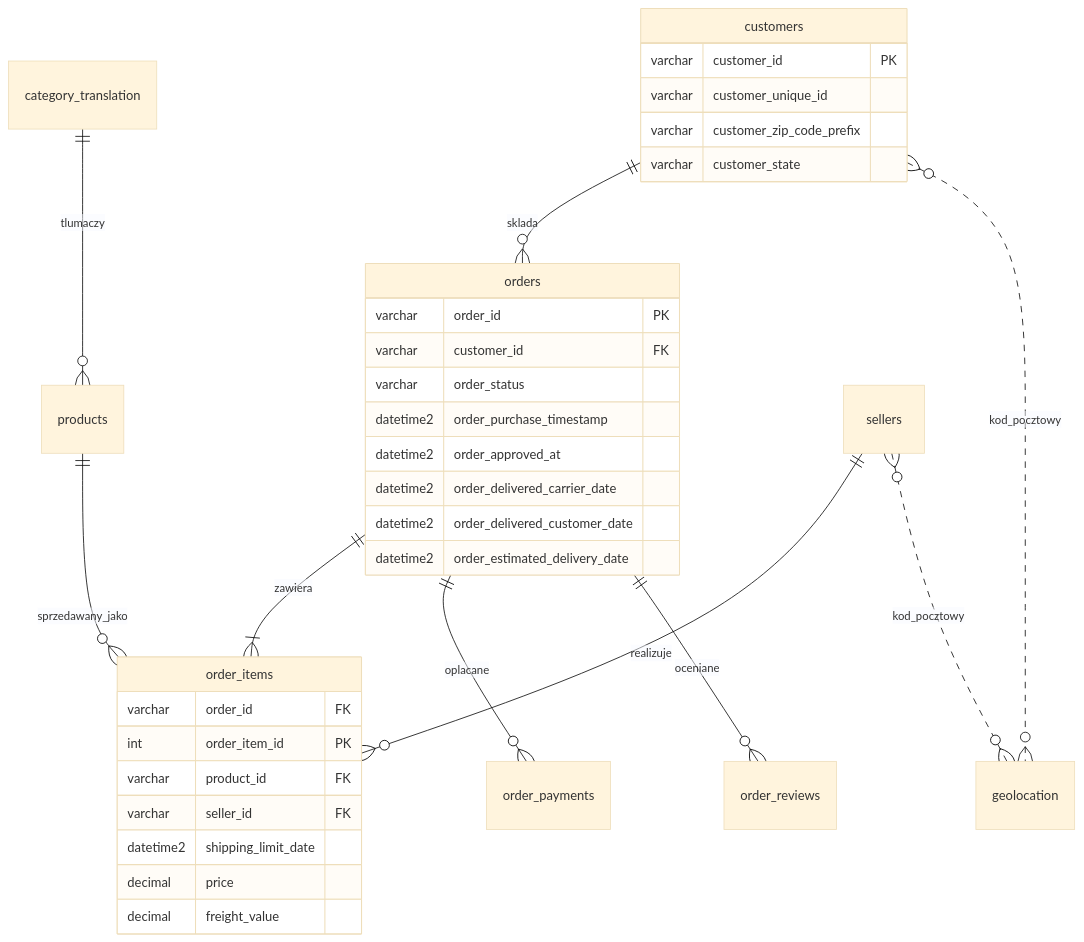
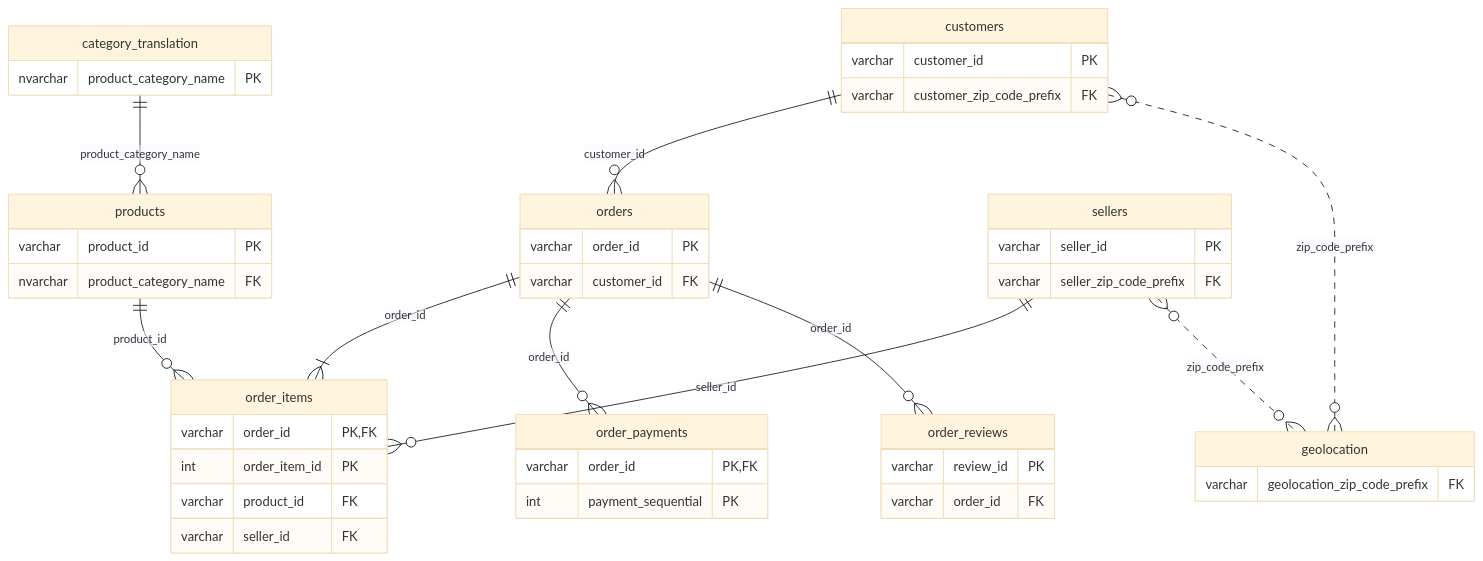
The diagram in docs/schema.md (maybe-engineer/olist-delivery-performance-analysis), drawn with Mermaid (base theme) before and after one commit. The commit also changed other lines of this file and 1 other file, not shown here.

Commit message:
Dopracowanie diagramu i pliku md

````diff
--- a/docs/schema.md
+++ b/docs/schema.md
@@ -2,37 +3,60 @@
 ```mermaid
 erDiagram
-customers ||--o{ orders : sklada
-orders ||--|{ order_items : zawiera
-orders ||--o{ order_payments : oplacane
-orders ||--o{ order_reviews : oceniane
-products ||--o{ order_items : sprzedawany_jako
-sellers ||--o{ order_items : realizuje
-category_translation ||--o{ products : tlumaczy
-customers }o..o{ geolocation : kod_pocztowy
-sellers }o..o{ geolocation : kod_pocztowy
+customers ||--o{ orders : "customer_id"
+orders ||--|{ order_items : "order_id"
+orders ||--o{ order_payments : "order_id"
+orders ||--o{ order_reviews : "order_id"
+products ||--o{ order_items : "product_id"
+sellers ||--o{ order_items : "seller_id"
+category_translation ||--o{ products : "product_category_name"
+customers }o..o{ geolocation : "zip_code_prefix"
+sellers }o..o{ geolocation : "zip_code_prefix"
+
+%% TABELE
+
 orders {
-varchar order_id PK
-varchar customer_id FK
-varchar order_status
-datetime2 order_purchase_timestamp
-datetime2 order_approved_at
-datetime2 order_delivered_carrier_date
-datetime2 order_delivered_customer_date
-datetime2 order_estimated_delivery_date
+    varchar order_id PK
+    varchar customer_id FK
 }
+
 order_items {
-varchar order_id FK
-int order_item_id PK
-varchar product_id FK
-varchar seller_id FK
-datetime2 shipping_limit_date
-decimal price
-decimal freight_value
+    varchar order_id PK, FK
+    int order_item_id PK
+    varchar product_id FK
+    varchar seller_id FK
 }
+
+order_payments {
+    varchar order_id PK, FK
+    int payment_sequential PK
+} 
+
+order_reviews {
+    varchar review_id PK
+    varchar order_id FK
+}
+
 customers {
-varchar customer_id PK
-varchar customer_unique_id
-varchar customer_zip_code_prefix
-varchar customer_state
+    varchar customer_id PK
+    varchar customer_zip_code_prefix FK
 }
+
+products {
+    varchar product_id PK
+    nvarchar product_category_name FK
+}
+
+sellers {
+    varchar seller_id PK
+    varchar seller_zip_code_prefix FK
+}
+
+category_translation {
+    nvarchar product_category_name PK
+}
+
+geolocation {
+    varchar geolocation_zip_code_prefix FK
+}
+
 ```
````
